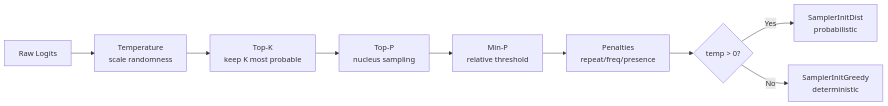
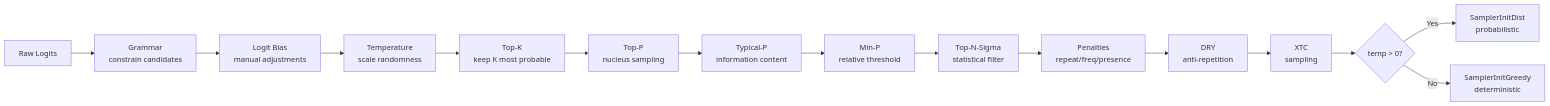
One commit to jsoprych/guff changed the diagram in docs/sampling.md. Above: the diagram before and after it, drawn with Mermaid. The commit also changed other lines of this file and 7 other files, not shown here.

````diff
--- a/docs/sampling.md
+++ b/docs/sampling.md
@@ -9,11 +9,17 @@
 ```mermaid
 flowchart LR
-    LOGITS["Raw Logits"] --> TEMP["Temperature<br/>scale randomness"]
+    LOGITS["Raw Logits"] --> GRAM["Grammar<br/>constrain candidates"]
+    GRAM --> BIAS["Logit Bias<br/>manual adjustments"]
+    BIAS --> TEMP["Temperature<br/>scale randomness"]
     TEMP --> TOPK["Top-K<br/>keep K most probable"]
     TOPK --> TOPP["Top-P<br/>nucleus sampling"]
-    TOPP --> MINP["Min-P<br/>relative threshold"]
-    MINP --> PEN["Penalties<br/>repeat/freq/presence"]
-    PEN --> TERM{"temp > 0?"}
+    TOPP --> TYP["Typical-P<br/>information content"]
+    TYP --> MINP["Min-P<br/>relative threshold"]
+    MINP --> TNS["Top-N-Sigma<br/>statistical filter"]
+    TNS --> PEN["Penalties<br/>repeat/freq/presence"]
+    PEN --> DRY["DRY<br/>anti-repetition"]
+    DRY --> XTC["XTC<br/>sampling"]
+    XTC --> TERM{"temp > 0?"}
     TERM -->|"Yes"| DIST["SamplerInitDist<br/>probabilistic"]
     TERM -->|"No"| GREEDY["SamplerInitGreedy<br/>deterministic"]
 ```
````
